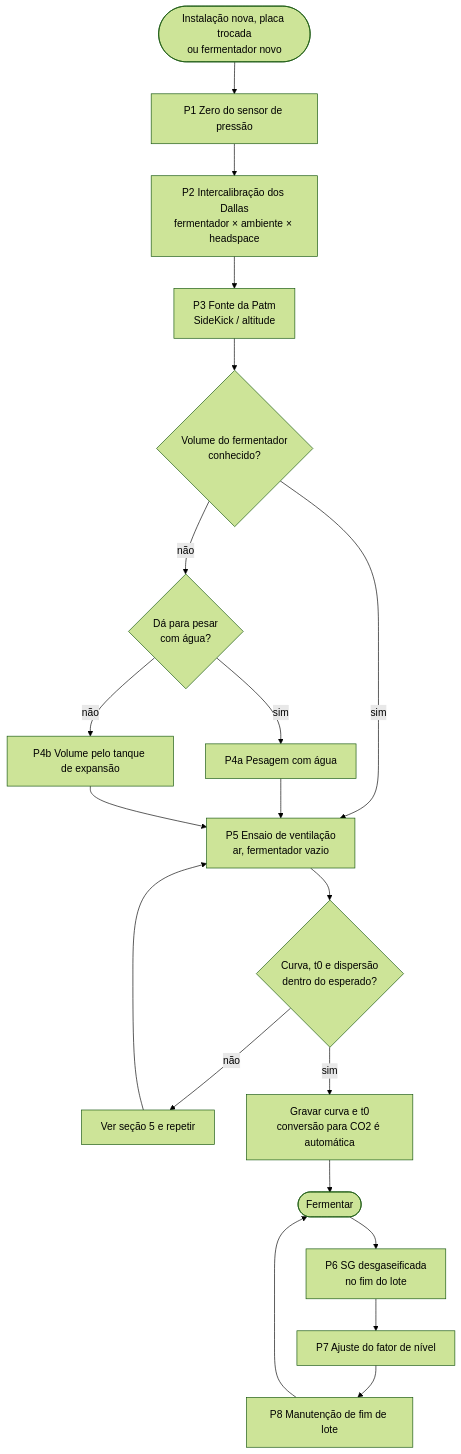
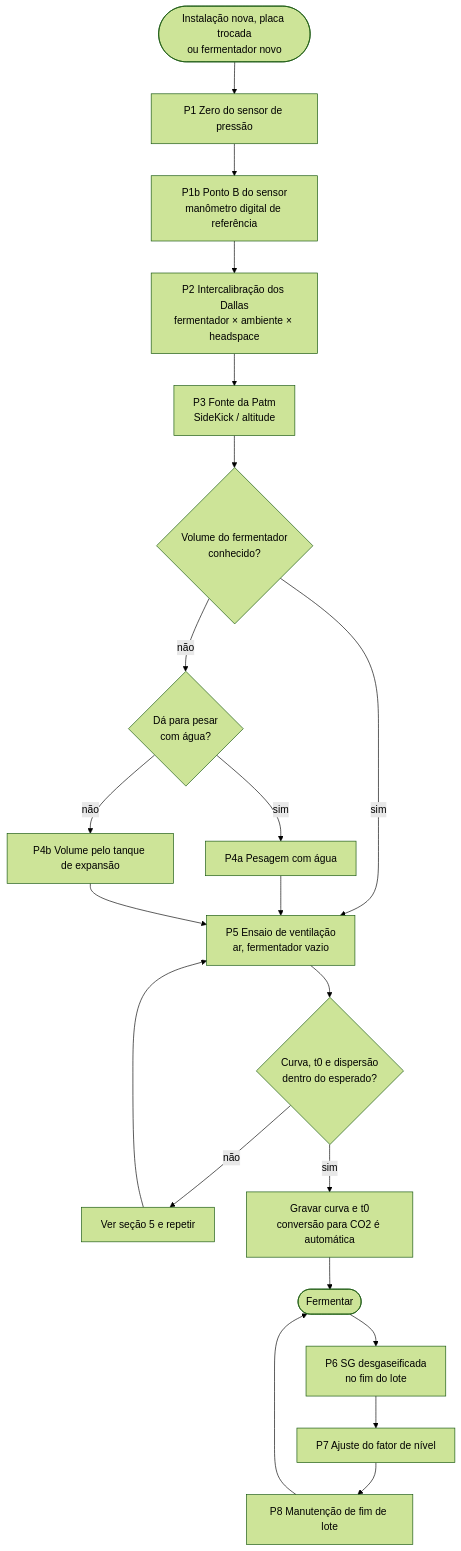
One commit to luciofialho/GambainoProg changed the first of 2 diagrams in Povoto/docs/manual-calibracao-manutencao.md. Above: the diagram before and after it, drawn with Mermaid (forest theme). The commit also changed other lines of this file and 6 other files, not shown here.

First line of the commit message:
Povoto: corrente do sensor com 3 casas, leitura do ponto B (2 min) e secao de parametros no manual

````diff
--- a/Povoto/docs/manual-calibracao-manutencao.md
+++ b/Povoto/docs/manual-calibracao-manutencao.md
@@ -43,22 +44,23 @@
 ```mermaid
 flowchart TD
     A([Instalação nova, placa trocada<br/>ou fermentador novo]) --> B[P1 Zero do sensor de pressão]
-    B --> C[P2 Intercalibração dos Dallas<br/>fermentador × ambiente × headspace]
+    B --> B2[P1b Ponto B do sensor<br/>manômetro digital de referência]
+    B2 --> C[P2 Intercalibração dos Dallas<br/>fermentador × ambiente × headspace]
     C --> D[P3 Fonte da Patm<br/>SideKick / altitude]
     D --> E{Volume do fermentador<br/>conhecido?}
     E -- não --> F{Dá para pesar<br/>com água?}
     F -- sim --> G[P4a Pesagem com água]
     F -- não --> H[P4b Volume pelo tanque de expansão]
     E -- sim --> K
     G --> K
     H --> K
     K[P5 Ensaio de ventilação<br/>ar, fermentador vazio] --> L{Curva, t0 e dispersão<br/>dentro do esperado?}
     L -- não --> M[Ver seção 5 e repetir]
     M --> K
     L -- sim --> N[Gravar curva e t0<br/>conversão para CO2 é automática]
     N --> O([Fermentar])
     O --> P[P6 SG desgaseificada<br/>no fim do lote]
     P --> Q[P7 Ajuste do fator de nível]
     Q --> R[P8 Manutenção de fim de lote]
     R --> O
 ```
````
